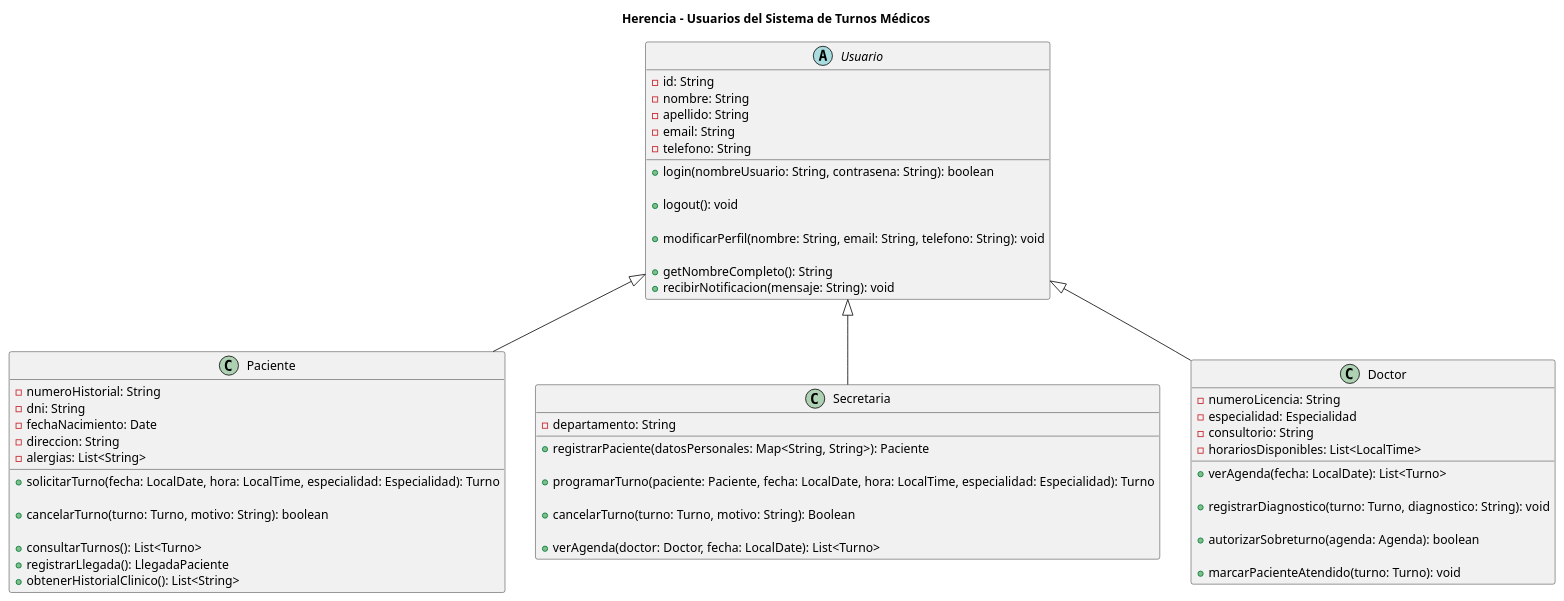
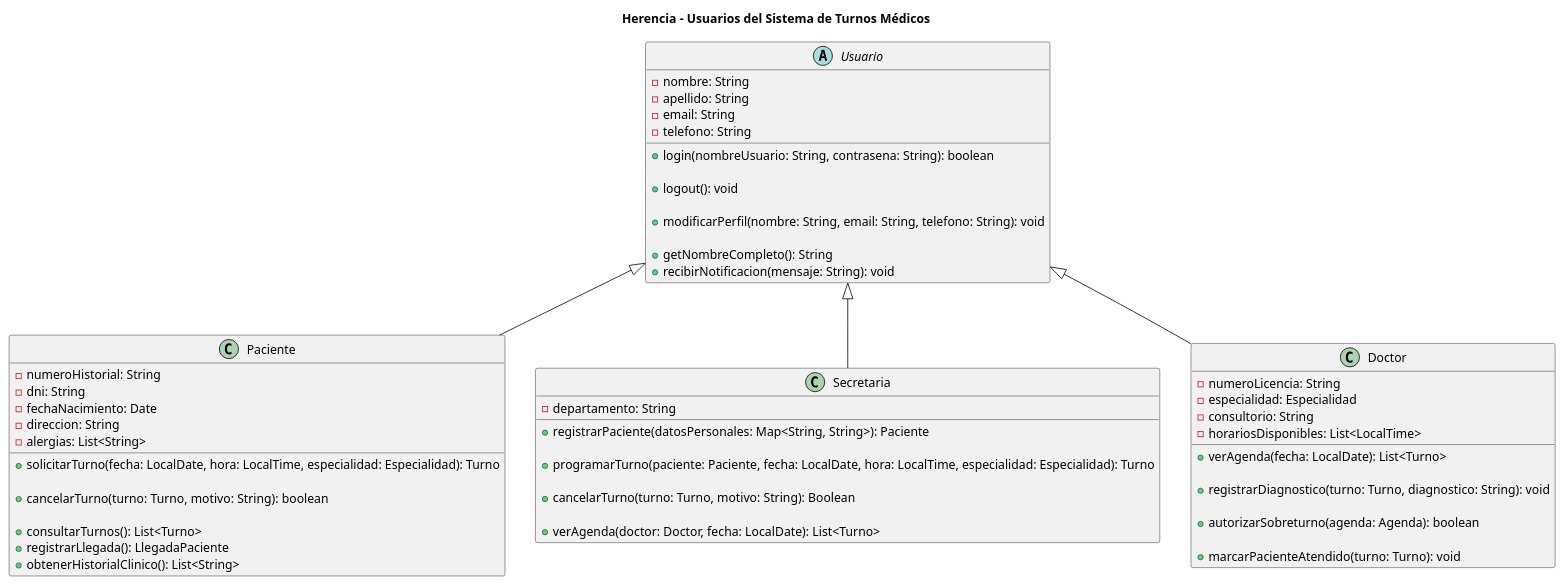
One commit to FacundoGuiraldes/SistemaTurnosMedicos changed the diagram in anexos/fundamentos-doo-mesa-645003-matricula-159237/doo-herencia.puml. Above: the diagram before and after it, drawn with PlantUML. The commit also changed 8 other files, not shown here.

```diff
--- a/anexos/fundamentos-doo-mesa-645003-matricula-159237/doo-herencia.puml
+++ b/anexos/fundamentos-doo-mesa-645003-matricula-159237/doo-herencia.puml
@@ -1,68 +1,67 @@
 @startuml
 title Herencia - Usuarios del Sistema de Turnos Médicos
 
 abstract class Usuario {
-    - id: String
     - nombre: String
     - apellido: String
     - email: String
     - telefono: String
 
     + login(nombreUsuario: String, contrasena: String): boolean
 
     + logout(): void
 
     + modificarPerfil(nombre: String, email: String, telefono: String): void
 
     + getNombreCompleto(): String
     + recibirNotificacion(mensaje: String): void
 }
 
 class Paciente {
     - numeroHistorial: String
     - dni: String
     - fechaNacimiento: Date
     - direccion: String
     - alergias: List<String>
 
     + solicitarTurno(fecha: LocalDate, hora: LocalTime, especialidad: Especialidad): Turno
 
     + cancelarTurno(turno: Turno, motivo: String): boolean
 
     + consultarTurnos(): List<Turno>
     + registrarLlegada(): LlegadaPaciente
     + obtenerHistorialClinico(): List<String>
 }
 
 class Secretaria {
     - departamento: String
 
     + registrarPaciente(datosPersonales: Map<String, String>): Paciente
 
     + programarTurno(paciente: Paciente, fecha: LocalDate, hora: LocalTime, especialidad: Especialidad): Turno
 
     + cancelarTurno(turno: Turno, motivo: String): Boolean
 
     + verAgenda(doctor: Doctor, fecha: LocalDate): List<Turno>
 }
 
 class Doctor {
     - numeroLicencia: String
     - especialidad: Especialidad
     - consultorio: String
     - horariosDisponibles: List<LocalTime>
 
     + verAgenda(fecha: LocalDate): List<Turno>
 
     + registrarDiagnostico(turno: Turno, diagnostico: String): void
 
     + autorizarSobreturno(agenda: Agenda): boolean
 
     + marcarPacienteAtendido(turno: Turno): void
 }
 
 Usuario <|-- Paciente
 Usuario <|-- Secretaria
 Usuario <|-- Doctor
 
 @enduml
```
